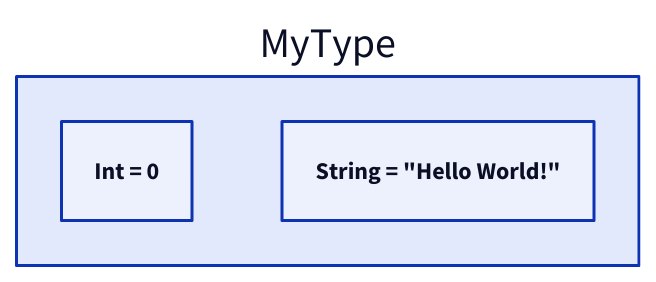
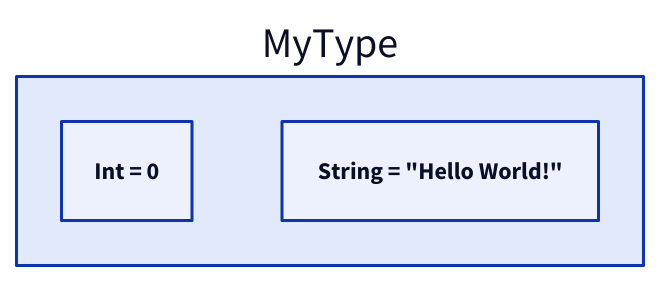
One commit to diegoperini/compiler-demo changed the diagram in example/example.d2. Above: the diagram before and after it, drawn with D2. The commit also changed 3 other files, not shown here.

```diff
--- a/example/example.d2
+++ b/example/example.d2
@@ -1,8 +1,10 @@
-MyType {
+MyType   {
   #region ThisIsMyRegion
+
   #horizontal
+
   #vertical
 
   bar: Int = 0
-  foo: String = "Hello World!"
+  foo: String = "Hello \ World!"
 }
```
